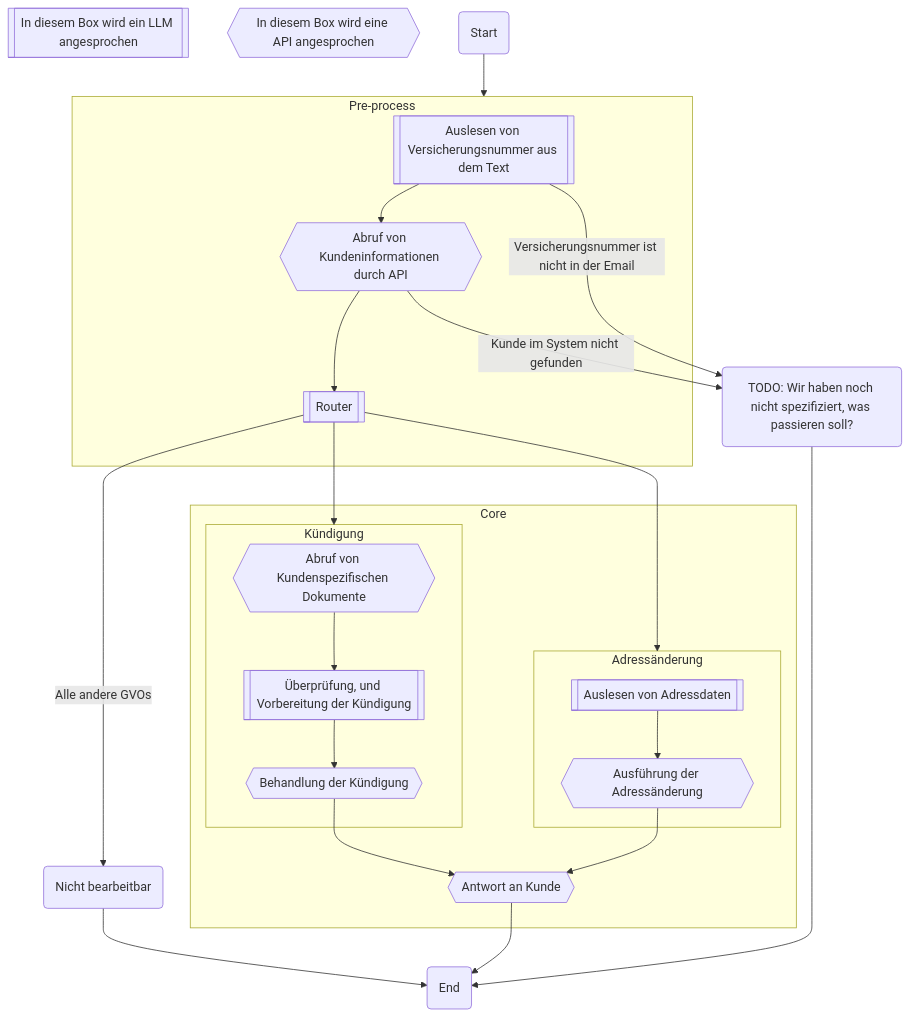
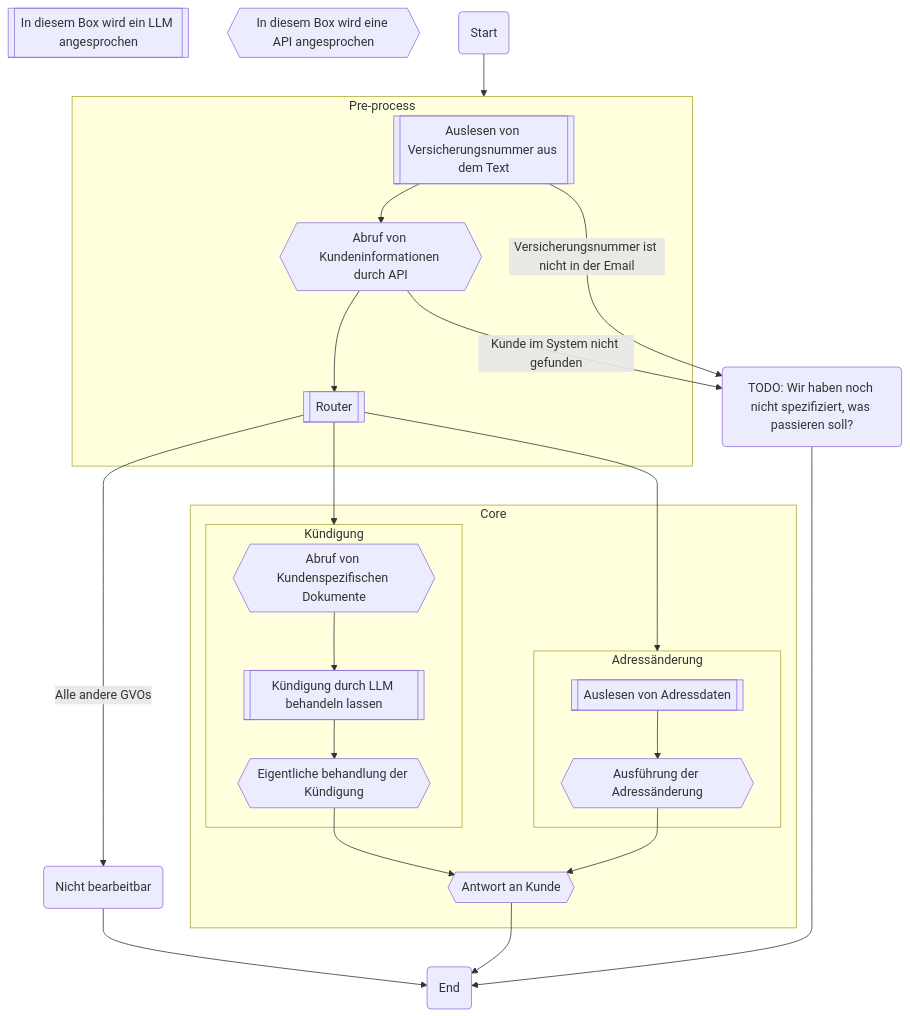
Before and after one commit to FausztBenedek/fcb-presentation-ki-workflow: the first of 3 diagrams in slides.md, drawn with Mermaid. The commit also changed other lines of this file, not shown here.

Commit message:
With e step back to the architecture slide

````diff
--- a/slides.md
+++ b/slides.md
@@ -34,47 +60,47 @@
 ```mermaid
 
 graph TD
     %% Explanations:
     llm[[In diesem Box wird ein LLM angesprochen]]
     api_call{{In diesem Box wird eine API angesprochen}}
 
     __START__(Start)
     __START__ --> Pre-process
     subgraph Pre-process
         customer_data_extract[["Auslesen von Versicherungsnummer aus dem Text"]]
         fetch_customer_details{{"Abruf von Kundeninformationen durch API"}}
         router[["Router"]]
         customer_data_extract --> fetch_customer_details
         fetch_customer_details --> router
     end
     router -->|Alle andere GVOs| uncovered
     router --> Kündigung
     router --> Adressänderung
     subgraph Core
         subgraph Kündigung
             fetch_customer_documents{{"Abruf von Kundenspezifischen Dokumente"}}
-            termination_execute_prep[["Überprüfung, und Vorbereitung der Kündigung"]]
-            termination_handling{{"Behandlung der Kündigung"}}
+            termination_execute_prep[["Kündigung durch LLM behandeln lassen"]]
+            termination_handling{{"Eigentliche behandlung der Kündigung"}}
             fetch_customer_documents --> termination_execute_prep
             termination_execute_prep --> termination_handling
         end
         termination_handling --> answer
 
         subgraph Adressänderung
             address_data_extract[["Auslesen von Adressdaten"]]
             address_change_execute{{"Ausführung der Adressänderung"}}
             address_data_extract --> address_change_execute
         end
         address_change_execute --> answer
 
     end
     answer{{"Antwort an Kunde"}}
     todo_node("TODO: Wir haben noch nicht spezifiziert, was passieren soll?")
     fetch_customer_details --> |"Kunde im System nicht gefunden"|todo_node
     customer_data_extract --> |"Versicherungsnummer ist nicht in der Email"|todo_node
     answer --> __END__
     todo_node --> __END__
     __END__(End)
     uncovered("Nicht bearbeitbar") --> __END__;
 
 ```
````
